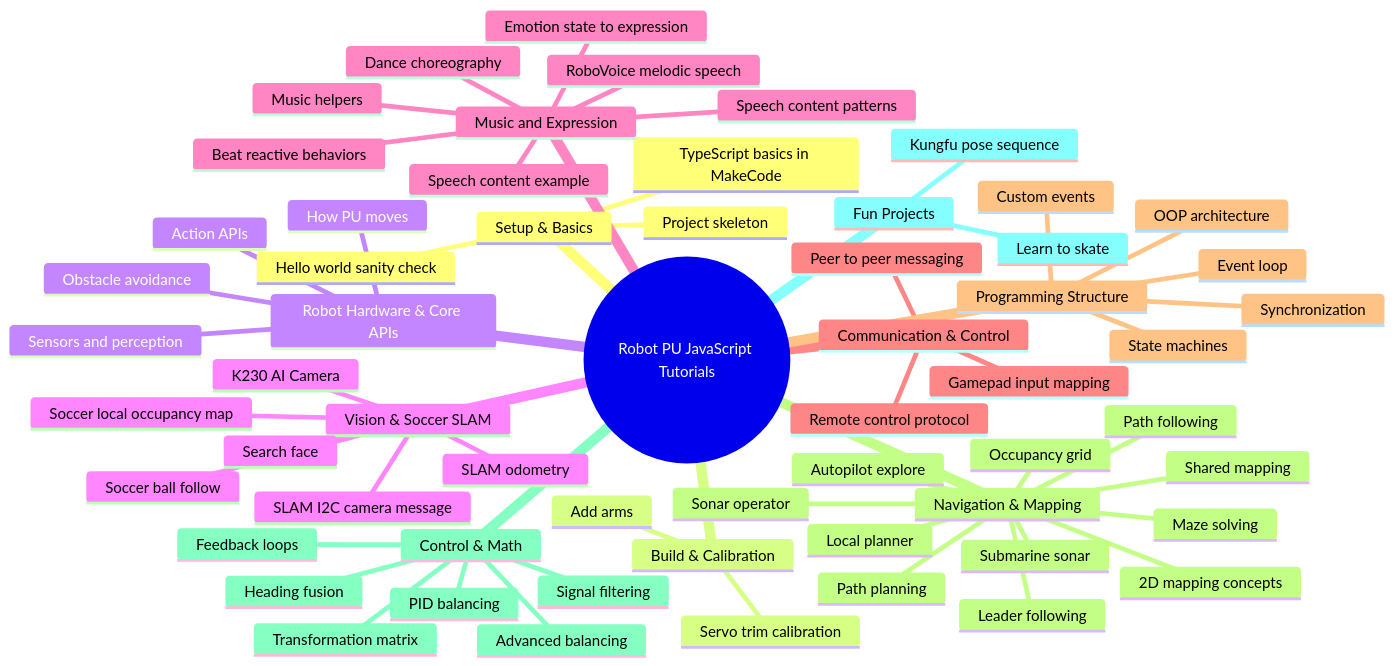
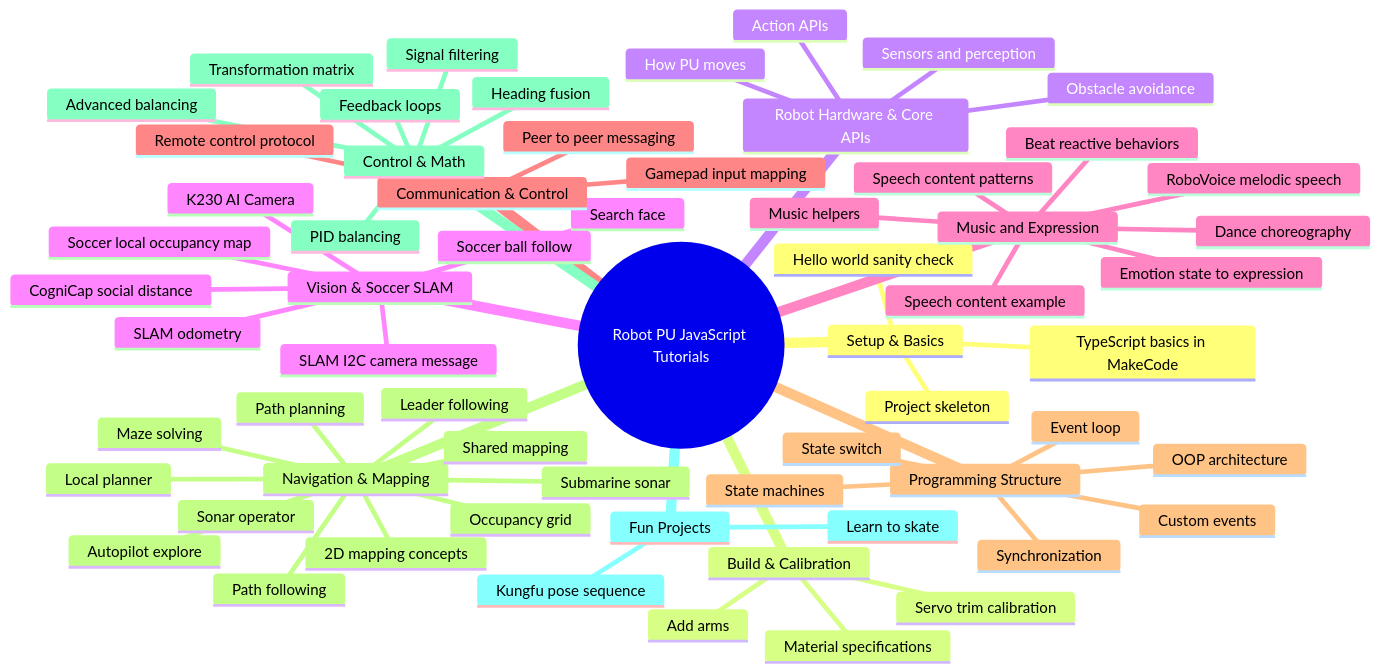
Before and after one commit to robotgyms/pxt-robotpu: the first of 2 diagrams in tutorials/README.md, drawn with Mermaid. The commit also changed other lines of this file, not shown here.

````diff
--- a/tutorials/README.md
+++ b/tutorials/README.md
@@ -44,63 +44,66 @@
 ```mermaid
 mindmap
   root((Robot PU JavaScript Tutorials))
     Setup & Basics
       Project skeleton
       Hello world sanity check
       TypeScript basics in MakeCode
     Build & Calibration
       Add arms
       Servo trim calibration
+      Material specifications
     Robot Hardware & Core APIs
       How PU moves
       Action APIs
       Sensors and perception
       Obstacle avoidance
     Vision & Soccer SLAM
       K230 AI Camera
       Search face
       SLAM I2C camera message
       SLAM odometry
       Soccer ball follow
       Soccer local occupancy map
+      CogniCap social distance
     Music and Expression
       Beat reactive behaviors
       Music helpers
       Dance choreography
       Emotion state to expression
       RoboVoice melodic speech
       Speech content patterns
       Speech content example
     Communication & Control
       Remote control protocol
       Gamepad input mapping
       Peer to peer messaging
     Programming Structure
       Event loop
       Custom events
       State machines
+      State switch
       OOP architecture
       Synchronization
     Navigation & Mapping
       Maze solving
       Autopilot explore
       Leader following
       Sonar operator
       Submarine sonar
       2D mapping concepts
       Occupancy grid
       Shared mapping
       Path planning
       Path following
       Local planner
     Control & Math
       Transformation matrix
       Feedback loops
       Signal filtering
       Heading fusion
       PID balancing
       Advanced balancing
     Fun Projects
       Kungfu pose sequence
       Learn to skate
 ```
````
